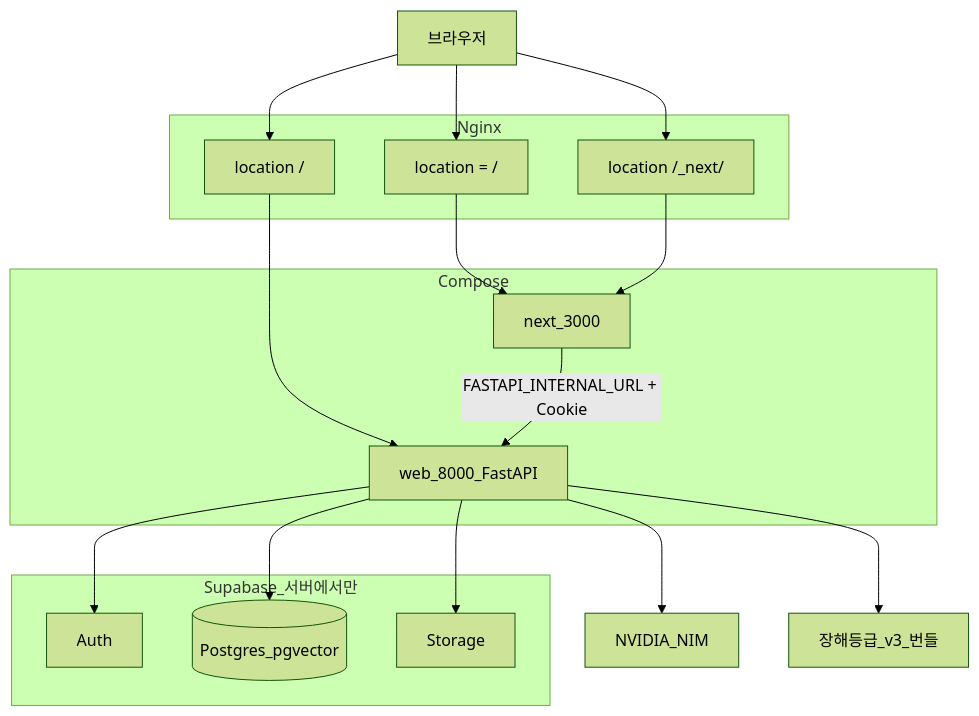
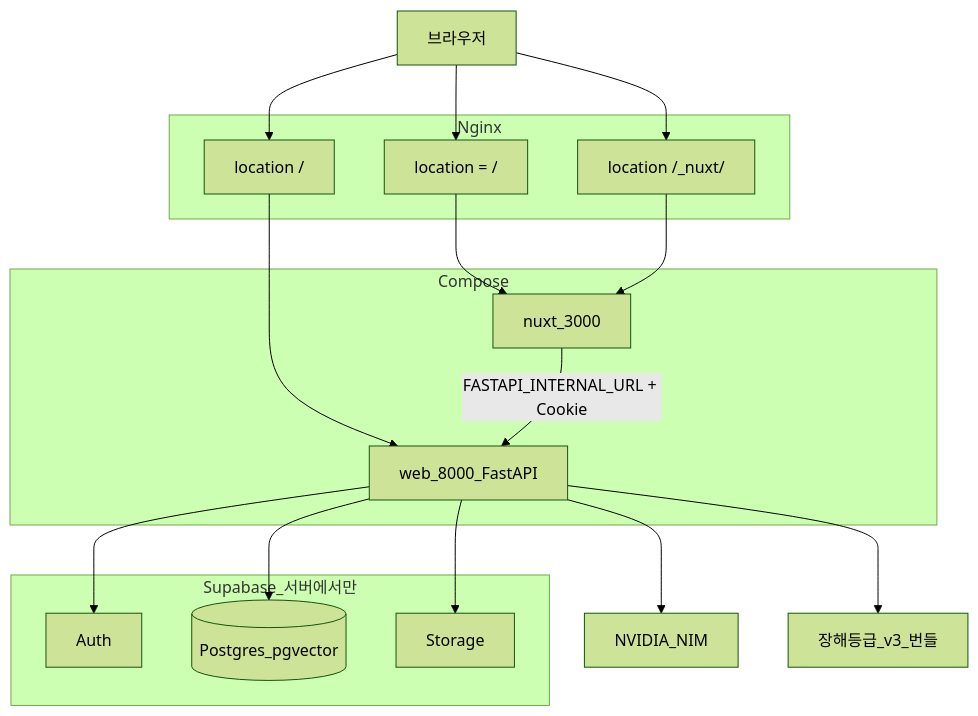
The second of 3 diagrams in ARCHITECTURE.md (JJutron/Work-IT), drawn with Mermaid (forest theme) before and after one commit. The commit also changed other lines of this file and 55 other files, not shown here.

````diff
--- a/ARCHITECTURE.md
+++ b/ARCHITECTURE.md
@@ -51,34 +51,34 @@
 ```mermaid
 flowchart TB
   browser[브라우저]
 
   subgraph edge [Nginx]
     locHome["location = /"]
-    locAssets["location /_next/"]
+    locAssets["location /_nuxt/"]
     locRest["location /"]
   end
 
   subgraph app [Compose]
-    nextSvc[next_3000]
+    nuxtSvc[nuxt_3000]
     webSvc[web_8000_FastAPI]
   end
 
   subgraph supabase [Supabase_서버에서만]
     auth[Auth]
     db[(Postgres_pgvector)]
     files[Storage]
   end
 
   nim[NVIDIA_NIM]
   bundle[장해등급_v3_번들]
 
-  browser --> locHome --> nextSvc
-  browser --> locAssets --> nextSvc
+  browser --> locHome --> nuxtSvc
+  browser --> locAssets --> nuxtSvc
   browser --> locRest --> webSvc
-  nextSvc -->|"FASTAPI_INTERNAL_URL + Cookie"| webSvc
+  nuxtSvc -->|"FASTAPI_INTERNAL_URL + Cookie"| webSvc
   webSvc --> auth
   webSvc --> db
   webSvc --> files
   webSvc --> nim
   webSvc --> bundle
 ```
````
